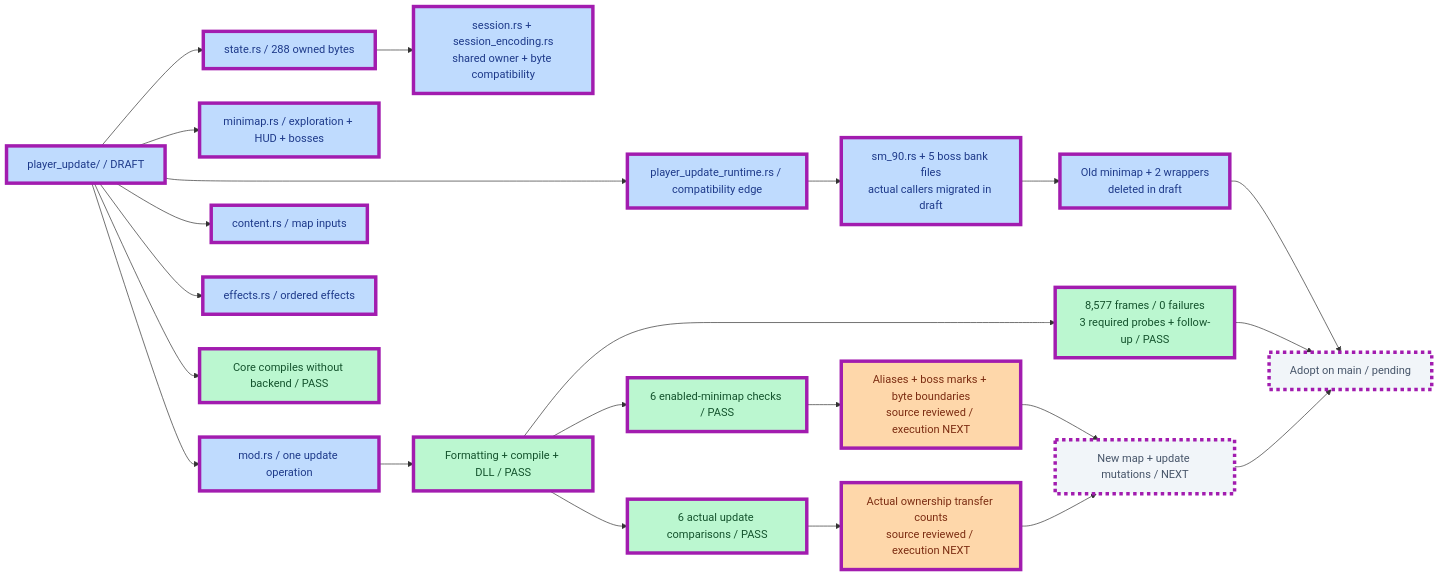
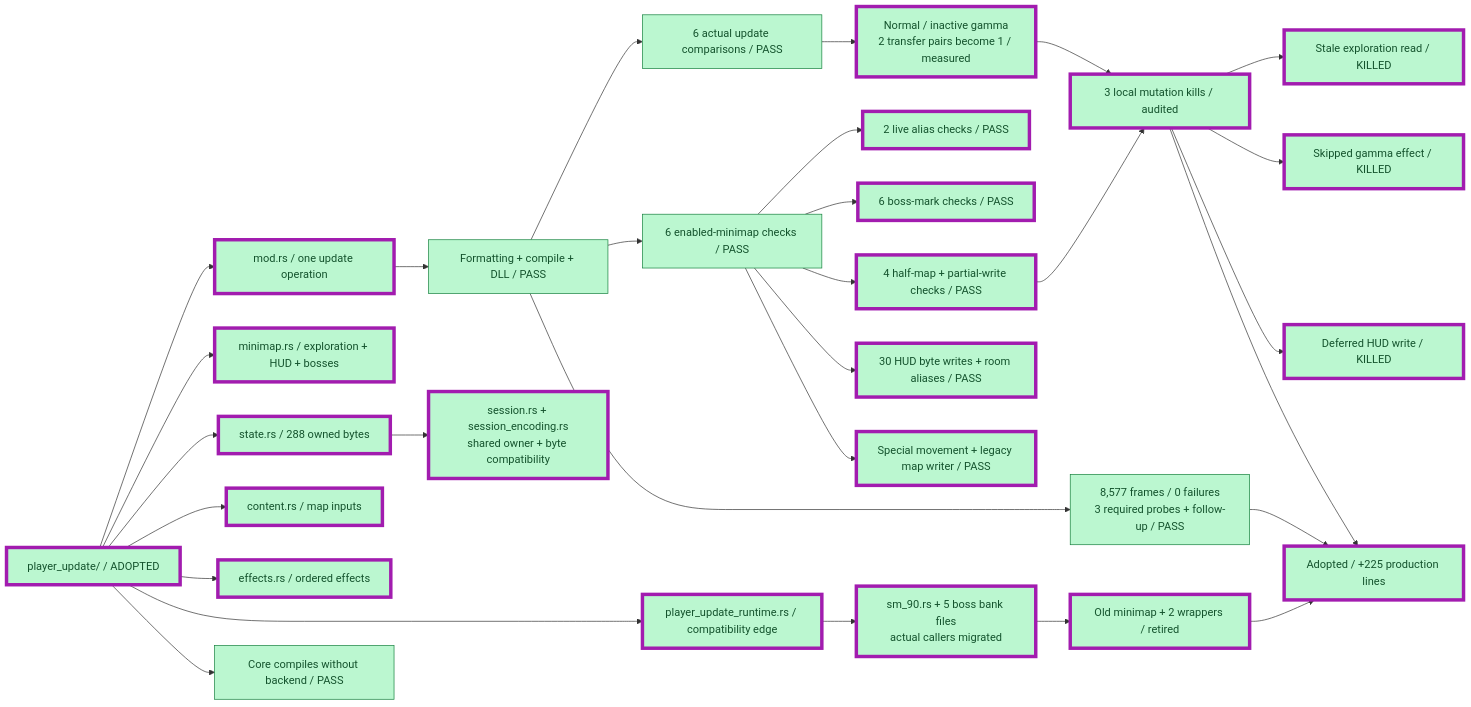
Before and after one commit to JimLundin/sm-decomp: the second of 27 diagrams in PROGRESS.md, drawn with Mermaid. The commit also changed other lines of this file and 34 other files, not shown here.

````diff
--- a/PROGRESS.md
+++ b/PROGRESS.md
@@ -26,31 +26,38 @@
 ```mermaid
 flowchart LR
-    UPDATE["player_update/ / DRAFT"]:::draft
-    UPDATE --> API["mod.rs / one update operation"]:::draft
-    UPDATE --> MAP["minimap.rs / exploration + HUD + bosses"]:::draft
-    UPDATE --> STATE["state.rs / 288 owned bytes"]:::draft
-    UPDATE --> CONTENT["content.rs / map inputs"]:::draft
-    UPDATE --> EFFECTS["effects.rs / ordered effects"]:::draft
-    UPDATE --> HOST["player_update_runtime.rs / compatibility edge"]:::draft
-    STATE --> SESSION["session.rs + session_encoding.rs<br/>shared owner + byte compatibility"]:::draft
-    HOST --> CALLERS["sm_90.rs + 5 boss bank files<br/>actual callers migrated in draft"]:::draft
-    CALLERS --> RETIRE["Old minimap + 2 wrappers<br/>deleted in draft"]:::draft
+    UPDATE["player_update/ / ADOPTED"]:::done
+    UPDATE --> API["mod.rs / one update operation"]:::done
+    UPDATE --> MAP["minimap.rs / exploration + HUD + bosses"]:::done
+    UPDATE --> STATE["state.rs / 288 owned bytes"]:::done
+    UPDATE --> CONTENT["content.rs / map inputs"]:::done
+    UPDATE --> EFFECTS["effects.rs / ordered effects"]:::done
+    UPDATE --> HOST["player_update_runtime.rs / compatibility edge"]:::done
+    STATE --> SESSION["session.rs + session_encoding.rs<br/>shared owner + byte compatibility"]:::done
+    HOST --> CALLERS["sm_90.rs + 5 boss bank files<br/>actual callers migrated"]:::done
+    CALLERS --> RETIRE["Old minimap + 2 wrappers / retired"]:::done
     API --> BUILD["Formatting + compile + DLL / PASS"]:::done
     UPDATE --> PURE["Core compiles without backend / PASS"]:::done
     BUILD --> BETA["6 actual update comparisons / PASS"]:::done
     BUILD --> ENABLED["6 enabled-minimap checks / PASS"]:::done
     BUILD --> MOVIE["8,577 frames / 0 failures<br/>3 required probes + follow-up / PASS"]:::done
-    ENABLED --> EDGES["Aliases + boss marks + byte boundaries<br/>source reviewed / execution NEXT"]:::active
-    BETA --> TRANSFERS["Actual ownership transfer counts<br/>source reviewed / execution NEXT"]:::active
-    EDGES --> MUT["New map + update mutations / NEXT"]:::pending
+    ENABLED --> ALIASES["2 live alias checks / PASS"]:::done
+    ENABLED --> BOSS["6 boss-mark checks / PASS"]:::done
+    ENABLED --> EDGES["4 half-map + partial-write checks / PASS"]:::done
+    ENABLED --> CODEC["30 HUD byte writes + room aliases / PASS"]:::done
+    ENABLED --> LEGACY["Special movement + legacy map writer / PASS"]:::done
+    BETA --> TRANSFERS["Normal / inactive gamma<br/>2 transfer pairs become 1 / measured"]:::done
+    EDGES --> MUT["3 local mutation kills / audited"]:::done
     TRANSFERS --> MUT
-    RETIRE --> ADOPT["Adopt on main / pending"]:::pending
+    MUT --> M1["Stale exploration read / KILLED"]:::done
+    MUT --> M2["Skipped gamma effect / KILLED"]:::done
+    MUT --> M3["Deferred HUD write / KILLED"]:::done
+    RETIRE --> ADOPT["Adopted / +225 production lines"]:::done
     MOVIE --> ADOPT
     MUT --> ADOPT
-    class UPDATE,API,MAP,STATE,CONTENT,EFFECTS,HOST,SESSION,CALLERS,RETIRE,BUILD,PURE,BETA,ENABLED,MOVIE,EDGES,TRANSFERS,MUT,ADOPT changed
+    class UPDATE,API,MAP,STATE,CONTENT,EFFECTS,HOST,SESSION,CALLERS,RETIRE,ALIASES,BOSS,EDGES,CODEC,LEGACY,TRANSFERS,MUT,M1,M2,M3,ADOPT changed
     classDef done fill:#bbf7d0,stroke:#15803d,color:#14532d
     classDef draft fill:#bfdbfe,stroke:#2563eb,color:#1e3a8a
     classDef active fill:#fed7aa,stroke:#ea580c,color:#7c2d12
     classDef pending fill:#f1f5f9,stroke:#94a3b8,color:#475569,stroke-dasharray:5 5
     classDef changed stroke:#a21caf,stroke-width:5px
 ```
````
